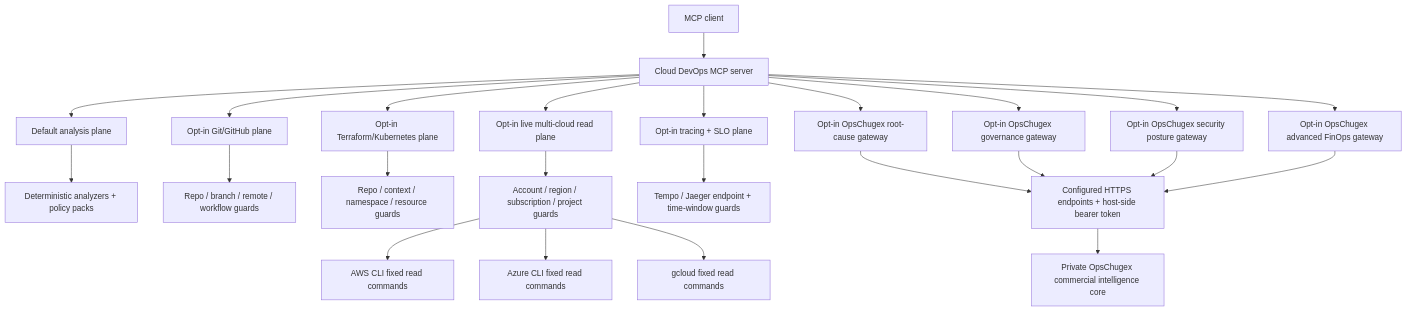
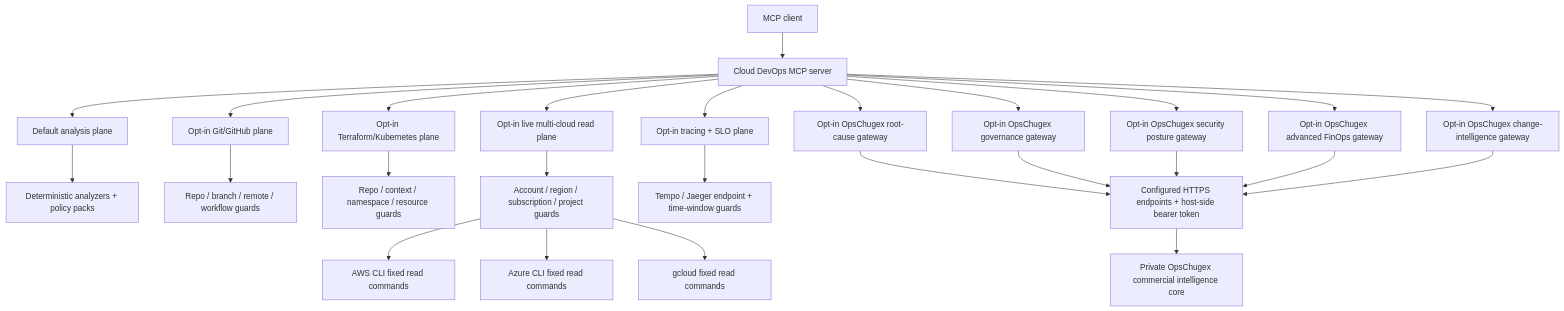
Before and after one commit to alexcgodwin/cloud-devops-mcp-server: the diagram in docs/architecture.md, drawn with Mermaid. The commit also changed other lines of this file and 14 other files, not shown here.

Commit message:
Add v0.14 OpsChugex change-intelligence gateway (#32)

````diff
--- a/docs/architecture.md
+++ b/docs/architecture.md
@@ -22,28 +23,30 @@
 ```mermaid
 flowchart TD
   Client["MCP client"] --> Server["Cloud DevOps MCP server"]
   Server --> Analysis["Default analysis plane"]
   Server --> GitOps["Opt-in Git/GitHub plane"]
   Server --> Infra["Opt-in Terraform/Kubernetes plane"]
   Server --> Cloud["Opt-in live multi-cloud read plane"]
   Server --> Trace["Opt-in tracing + SLO plane"]
   Server --> RootCause["Opt-in OpsChugex root-cause gateway"]
   Server --> Governance["Opt-in OpsChugex governance gateway"]
   Server --> Security["Opt-in OpsChugex security posture gateway"]
   Server --> FinOps["Opt-in OpsChugex advanced FinOps gateway"]
+  Server --> ChangeIntel["Opt-in OpsChugex change-intelligence gateway"]
 
   Analysis --> Logic["Deterministic analyzers + policy packs"]
   GitOps --> GitGuards["Repo / branch / remote / workflow guards"]
   Infra --> InfraGuards["Repo / context / namespace / resource guards"]
   Cloud --> CloudGuards["Account / region / subscription / project guards"]
   Trace --> TraceGuards["Tempo / Jaeger endpoint + time-window guards"]
   RootCause --> OpsGuards["Configured HTTPS endpoints + host-side bearer token"]
   Governance --> OpsGuards
   Security --> OpsGuards
   FinOps --> OpsGuards
+  ChangeIntel --> OpsGuards
   OpsGuards --> PrivateCore["Private OpsChugex commercial intelligence core"]
 
   CloudGuards --> AWS["AWS CLI fixed read commands"]
   CloudGuards --> Azure["Azure CLI fixed read commands"]
   CloudGuards --> GCP["gcloud fixed read commands"]
 ```
````
